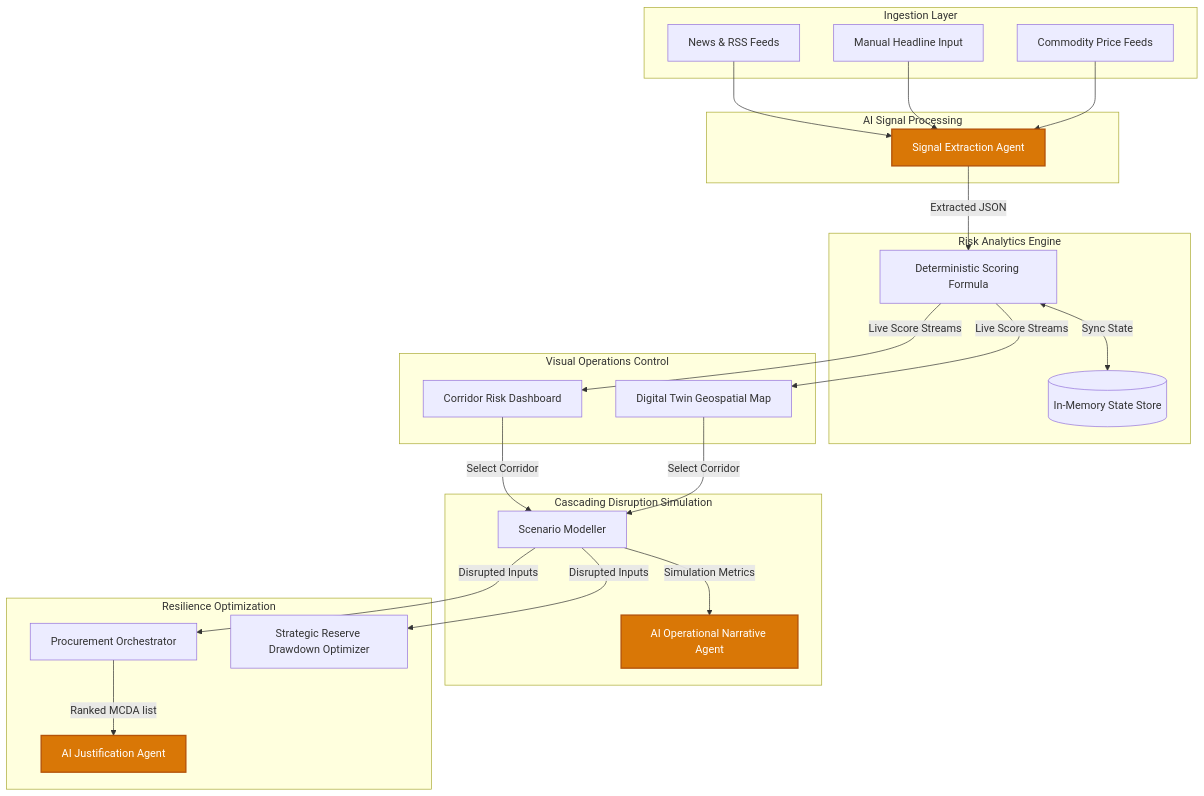
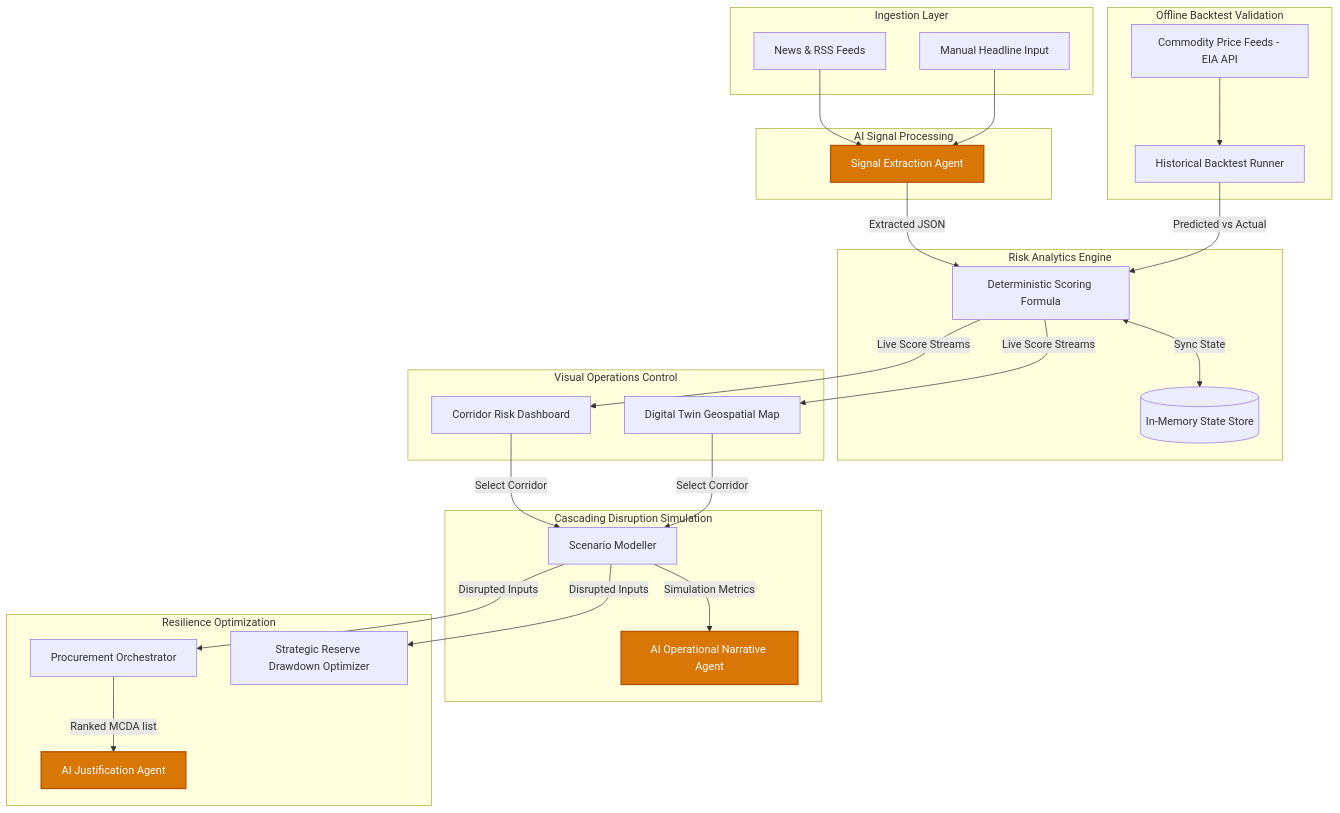
Before and after one commit to vishalpr013/Kavach: the diagram in README.md, drawn with Mermaid.

````diff
--- a/README.md
+++ b/README.md
@@ -23,45 +23,44 @@
 ```mermaid
 graph TD
     subgraph Ingestion [Ingestion Layer]
         A[News & RSS Feeds]
         B[Manual Headline Input]
-        C[Commodity Price Feeds]
     end
-
     subgraph Agentic [AI Signal Processing]
         D[Signal Extraction Agent]
         style D fill:#D97706,stroke:#B45309,stroke-width:2px,color:#fff
     end
-
     subgraph Analytics [Risk Analytics Engine]
         E[Deterministic Scoring Formula]
         F[(In-Memory State Store)]
     end
-
     subgraph Presentation [Visual Operations Control]
         G[Corridor Risk Dashboard]
         H[Digital Twin Geospatial Map]
     end
-
     subgraph Simulation [Cascading Disruption Simulation]
         I[Scenario Modeller]
         J[AI Operational Narrative Agent]
         style J fill:#D97706,stroke:#B45309,stroke-width:2px,color:#fff
     end
-
     subgraph Optimization [Resilience Optimization]
         K[Procurement Orchestrator]
         L[AI Justification Agent]
         M[Strategic Reserve Drawdown Optimizer]
         style L fill:#D97706,stroke:#B45309,stroke-width:2px,color:#fff
     end
-
-    A & B & C --> D
+    subgraph Validation [Offline Backtest Validation]
+        N[Commodity Price Feeds - EIA API]
+        O[Historical Backtest Runner]
+    end
+    A & B --> D
     D -->|Extracted JSON| E
     E <-->|Sync State| F
     E -->|Live Score Streams| G & H
     G & H -->|Select Corridor| I
     I -->|Simulation Metrics| J
     I -->|Disrupted Inputs| K & M
     K -->|Ranked MCDA list| L
+    N --> O -->|Predicted vs Actual| E
+
 ```
````
